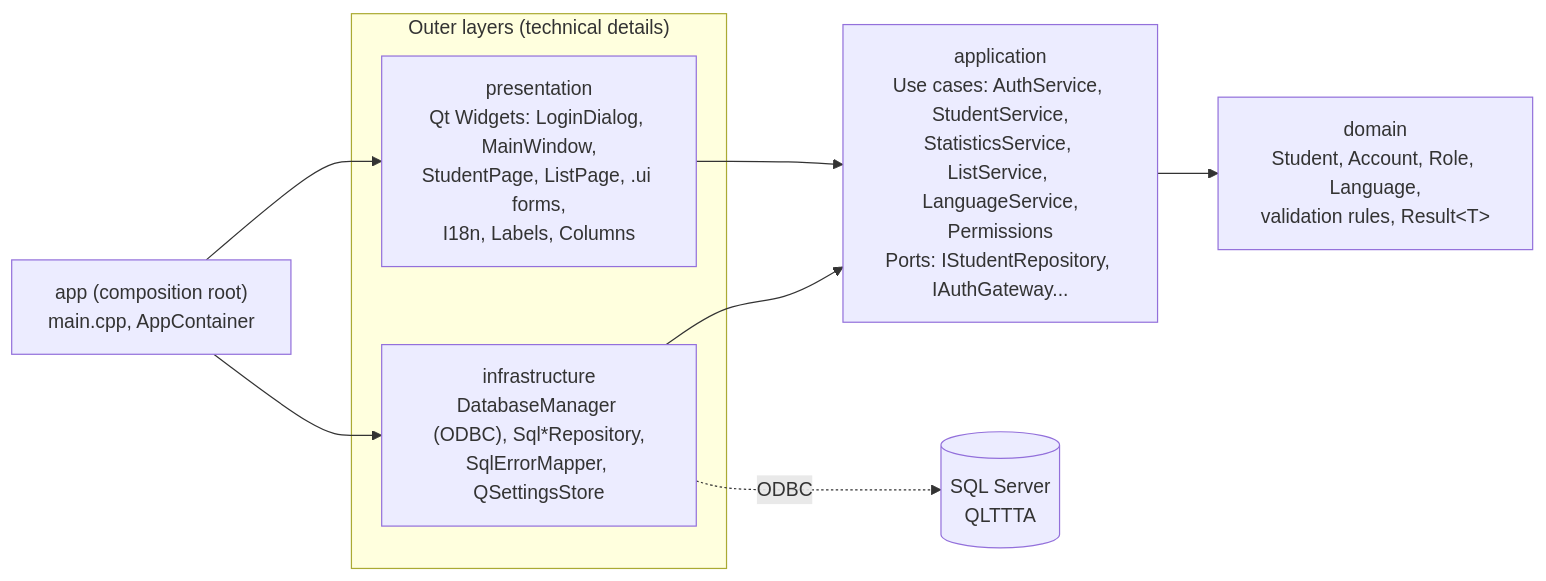
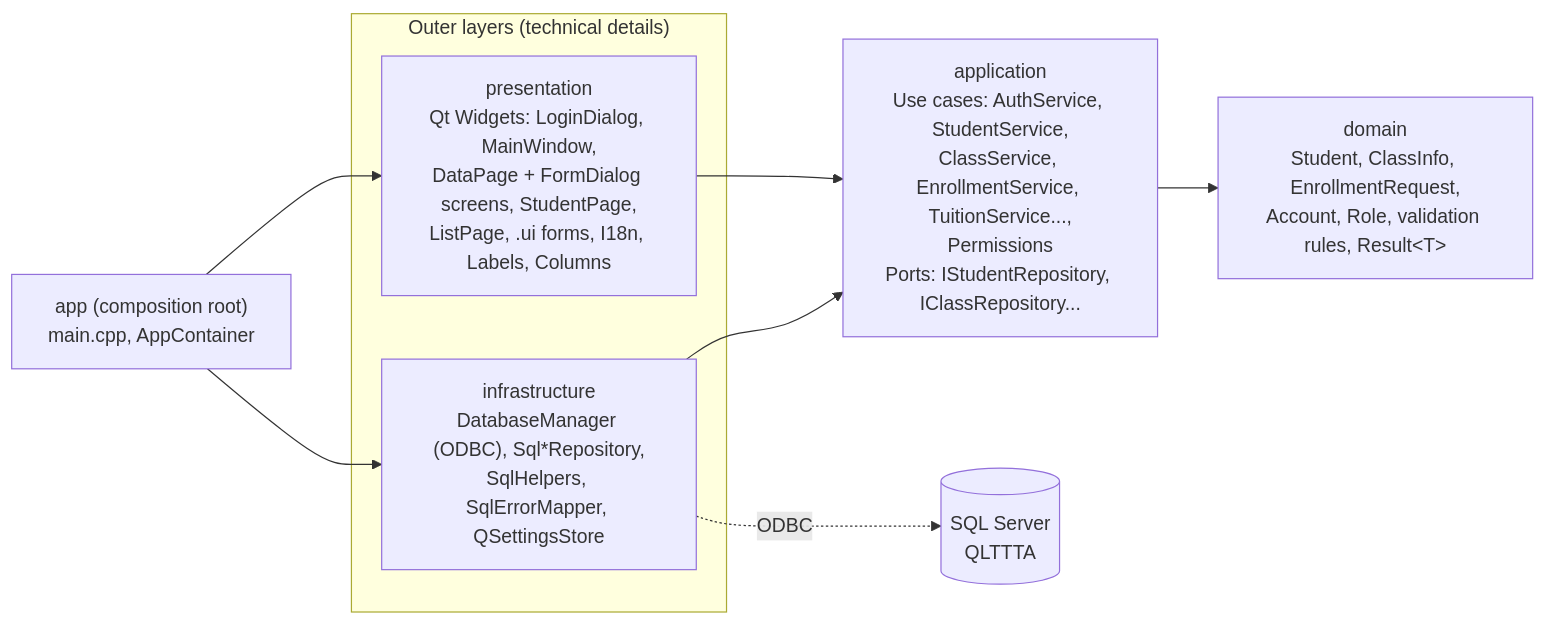
Before and after one commit to nhutruong-uit/imcp: the first of 2 diagrams in docs/ARCHITECTURE.md, drawn with Mermaid. The commit also changed other lines of this file and 3 other files, not shown here.

First line of the commit message:
docs: describe the data-entry screens and their rules

````diff
--- a/docs/ARCHITECTURE.md
+++ b/docs/ARCHITECTURE.md
@@ -14,18 +14,18 @@
 ```mermaid
 flowchart LR
     subgraph Outer["Outer layers (technical details)"]
-        P["presentation<br/>Qt Widgets: LoginDialog, MainWindow,<br/>StudentPage, ListPage, .ui forms,<br/>I18n, Labels, Columns"]
-        I["infrastructure<br/>DatabaseManager (ODBC), Sql*Repository,<br/>SqlErrorMapper, QSettingsStore"]
+        P["presentation<br/>Qt Widgets: LoginDialog, MainWindow,<br/>DataPage + FormDialog screens, StudentPage,<br/>ListPage, .ui forms, I18n, Labels, Columns"]
+        I["infrastructure<br/>DatabaseManager (ODBC), Sql*Repository,<br/>SqlHelpers, SqlErrorMapper, QSettingsStore"]
     end
-    A["application<br/>Use cases: AuthService, StudentService,<br/>StatisticsService, ListService, LanguageService,<br/>Permissions<br/>Ports: IStudentRepository, IAuthGateway..."]
-    D["domain<br/>Student, Account, Role, Language,<br/>validation rules, Result&lt;T&gt;"]
+    A["application<br/>Use cases: AuthService, StudentService,<br/>ClassService, EnrollmentService, TuitionService...,<br/>Permissions<br/>Ports: IStudentRepository, IClassRepository..."]
+    D["domain<br/>Student, ClassInfo, EnrollmentRequest,<br/>Account, Role, validation rules, Result&lt;T&gt;"]
     APP["app (composition root)<br/>main.cpp, AppContainer"]
     DB[("SQL Server<br/>QLTTTA")]
 
     P --> A
     I --> A
     A --> D
     APP --> P
     APP --> I
     I -.ODBC.-> DB
 ```
````
